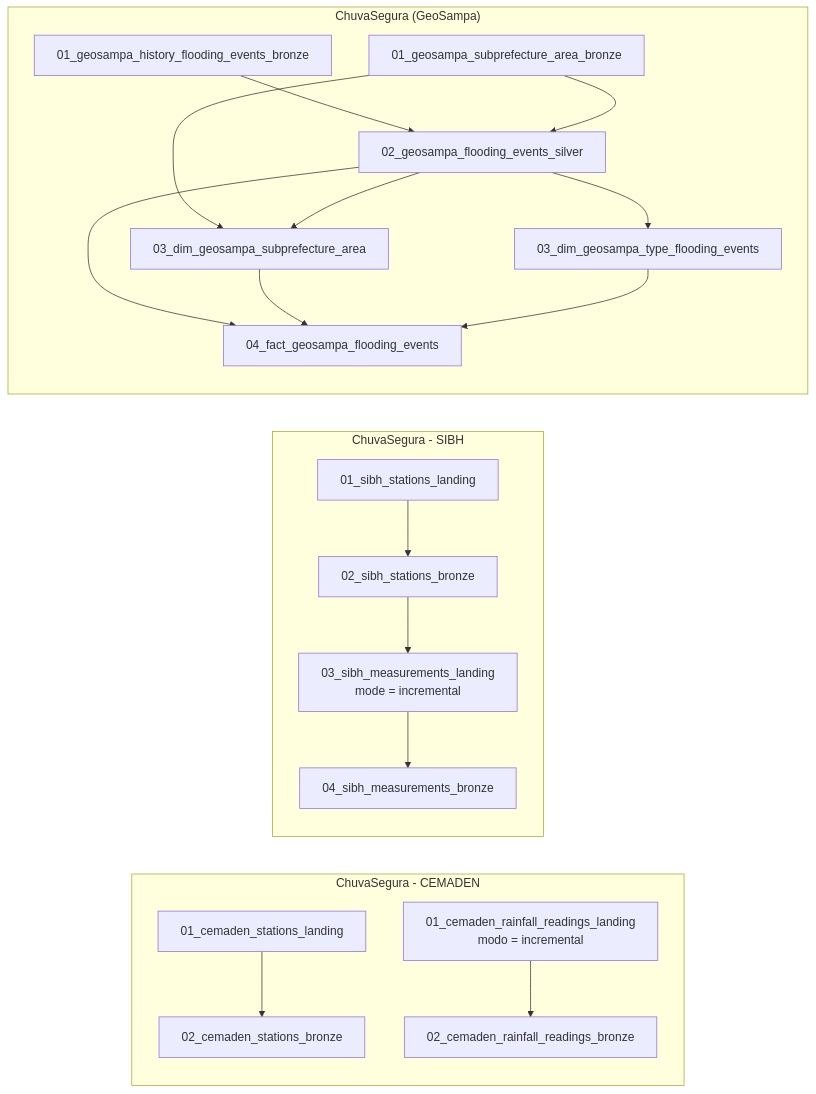
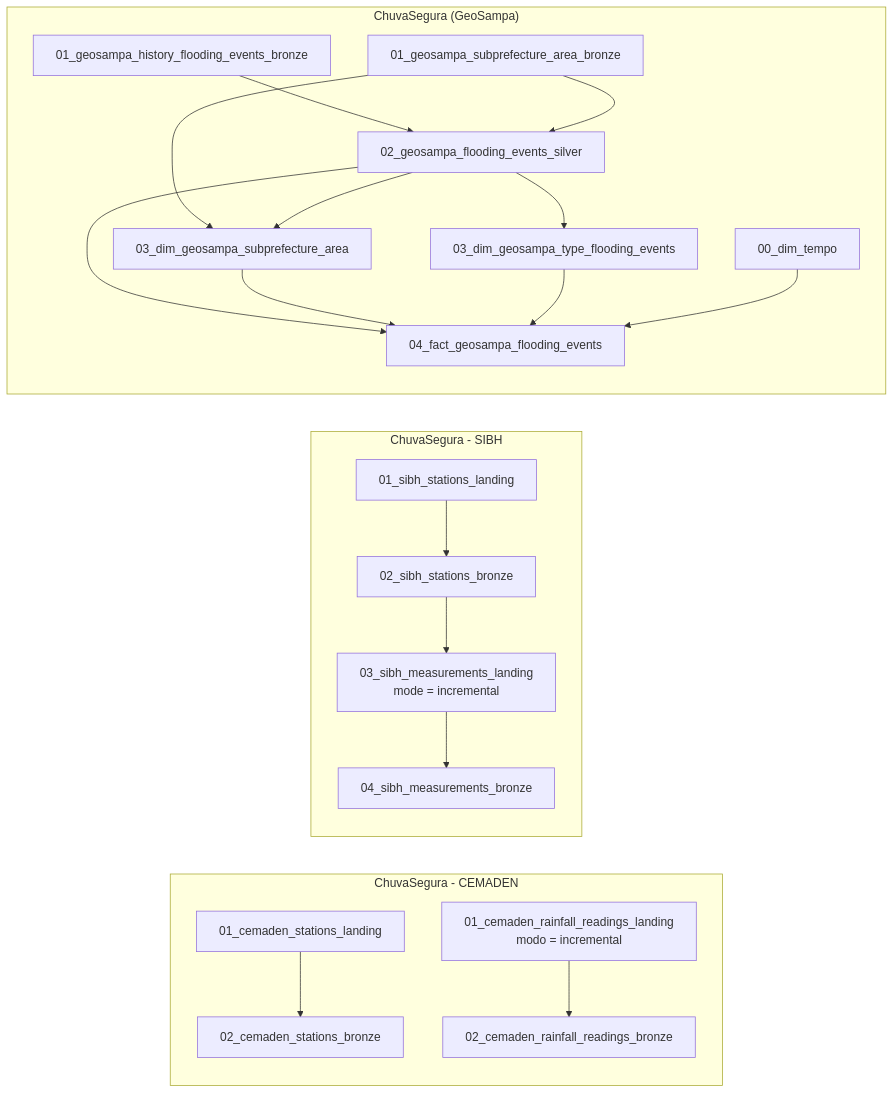
One commit to juniorOnData/FIAP-GS2-2TSCPV-2026 changed the second of 2 diagrams in README.md. Above: the diagram before and after it, drawn with Mermaid. The commit also changed other lines of this file and 3 other files, not shown here.

First line of the commit message:
dim_tempo compartilhada e localização na Silver do GeoSampa

````diff
--- a/README.md
+++ b/README.md
@@ -184,20 +192,21 @@
 ```mermaid
 flowchart LR
   subgraph cemaden["ChuvaSegura - CEMADEN"]
     C1[01_cemaden_stations_landing] --> C2[02_cemaden_stations_bronze]
     C3[01_cemaden_rainfall_readings_landing<br/>modo = incremental] --> C4[02_cemaden_rainfall_readings_bronze]
   end
   subgraph sibh["ChuvaSegura - SIBH"]
     S1[01_sibh_stations_landing] --> S2[02_sibh_stations_bronze] --> S3[03_sibh_measurements_landing<br/>mode = incremental] --> S4[04_sibh_measurements_bronze]
   end
   subgraph geosampa["ChuvaSegura (GeoSampa)"]
     G1[01_geosampa_history_flooding_events_bronze] --> G3[02_geosampa_flooding_events_silver]
     G2[01_geosampa_subprefecture_area_bronze] --> G3
     G2 --> G4[03_dim_geosampa_subprefecture_area]
     G3 --> G4
     G3 --> G5[03_dim_geosampa_type_flooding_events]
     G3 --> G6[04_fact_geosampa_flooding_events]
     G4 --> G6
     G5 --> G6
+    T0[00_dim_tempo] --> G6
   end
 ```
````
